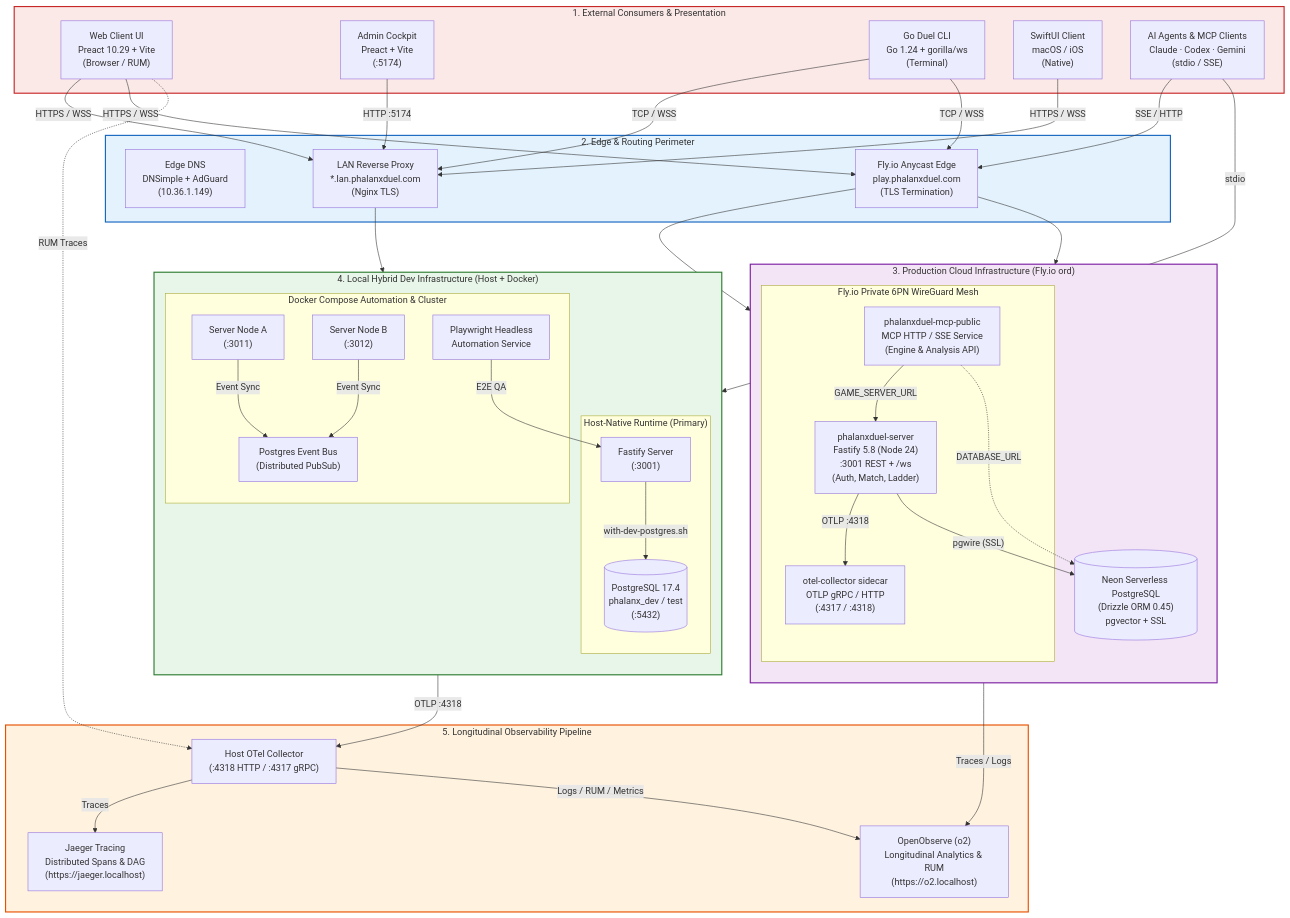
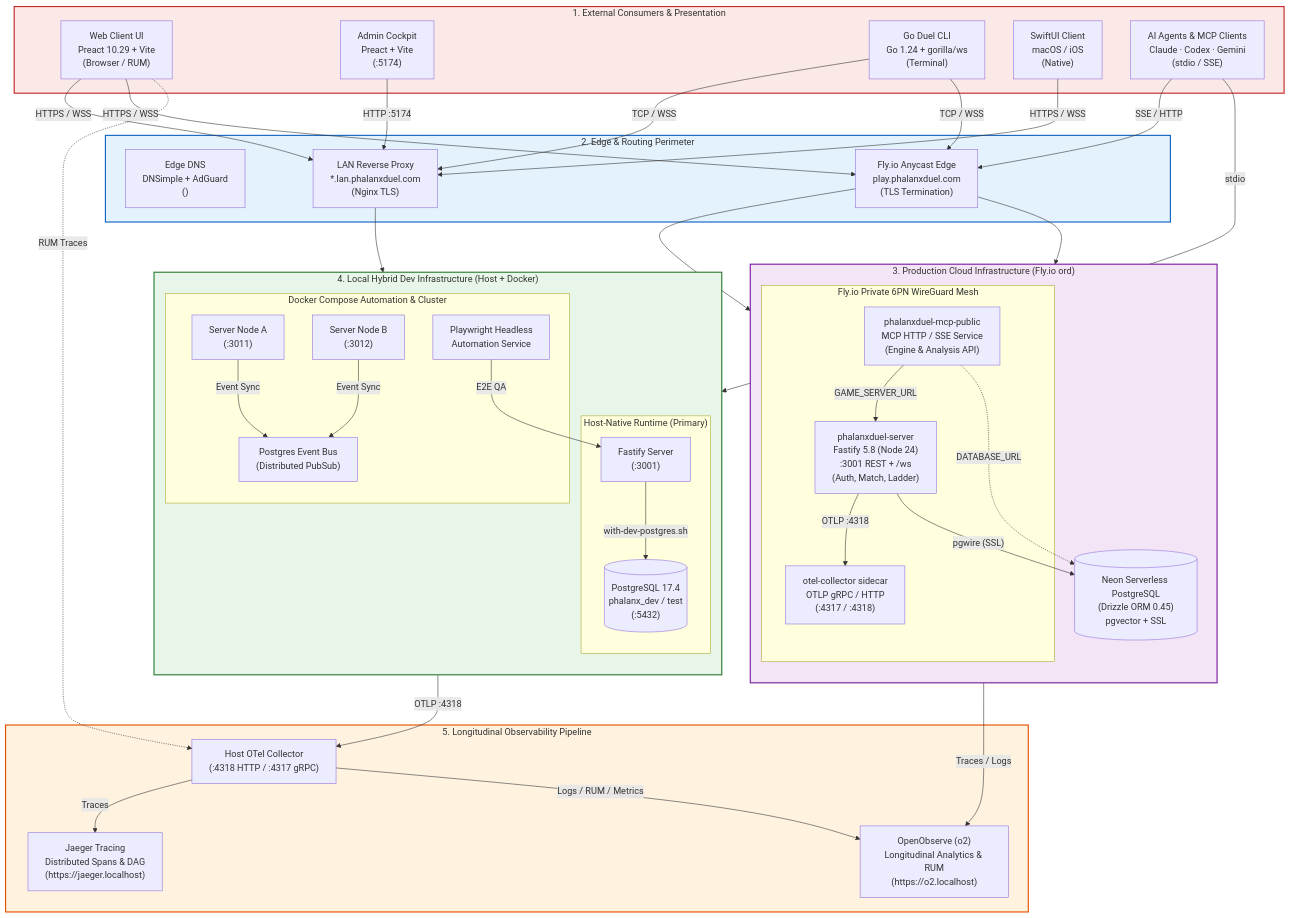
Before and after one commit to phalanxduel/phalanxduel: the diagram in docs/system/infrastructure-topology.mmd, drawn with Mermaid. The commit also changed 8 other files, not shown here.

```diff
--- a/docs/system/infrastructure-topology.mmd
+++ b/docs/system/infrastructure-topology.mmd
@@ -1,101 +1,101 @@
 flowchart TB
     %% =========================================================================
     %% External Consumers & Touchpoints
     %% =========================================================================
     subgraph Consumers["1. External Consumers & Presentation"]
         WebClient["Web Client UI\nPreact 10.29 + Vite\n(Browser / RUM)"]
         AdminUI["Admin Cockpit\nPreact + Vite\n(:5174)"]
         GoCLI["Go Duel CLI\nGo 1.24 + gorilla/ws\n(Terminal)"]
         SwiftUI["SwiftUI Client\nmacOS / iOS\n(Native)"]
         AIAgent["AI Agents & MCP Clients\nClaude · Codex · Gemini\n(stdio / SSE)"]
     end
 
     %% =========================================================================
     %% Edge & Network Perimeter
     %% =========================================================================
     subgraph Edge["2. Edge & Routing Perimeter"]
-        DNS["Edge DNS\nDNSimple + AdGuard\n(10.36.1.149)"]
+        DNS["Edge DNS\nDNSimple + AdGuard\n(<HOST_LAN_IP>)"]
         Nginx["LAN Reverse Proxy\n*.lan.phalanxduel.com\n(Nginx TLS)"]
         FlyEdge["Fly.io Anycast Edge\nplay.phalanxduel.com\n(TLS Termination)"]
     end
 
     %% =========================================================================
     %% Production Environment (Fly.io)
     %% =========================================================================
     subgraph FlyProduction["3. Production Cloud Infrastructure (Fly.io ord)"]
         direction TB
         subgraph FlyMesh["Fly.io Private 6PN WireGuard Mesh"]
             FlyServer["phalanxduel-server\nFastify 5.8 (Node 24)\n:3001 REST + /ws\n(Auth, Match, Ladder)"]
             FlyMCP["phalanxduel-mcp-public\nMCP HTTP / SSE Service\n(Engine & Analysis API)"]
             FlyOTel["otel-collector sidecar\nOTLP gRPC / HTTP\n(:4317 / :4318)"]
         end
         NeonDB[("Neon Serverless PostgreSQL\n(Drizzle ORM 0.45)\npgvector + SSL")]
     end
 
     %% =========================================================================
     %% Local Development & Cluster (Host + Docker)
     %% =========================================================================
     subgraph LocalInfra["4. Local Hybrid Dev Infrastructure (Host + Docker)"]
         direction TB
         subgraph HostNative["Host-Native Runtime (Primary)"]
             HostServer["Fastify Server\n(:3001)"]
             HostPostgres[("PostgreSQL 17.4\nphalanx_dev / test\n(:5432)")]
         end
         subgraph DockerCluster["Docker Compose Automation & Cluster"]
             ClusterA["Server Node A\n(:3011)"]
             ClusterB["Server Node B\n(:3012)"]
             EventBus["Postgres Event Bus\n(Distributed PubSub)"]
             PlaywrightQA["Playwright Headless\nAutomation Service"]
         end
     end
 
     %% =========================================================================
     %% Observability Sinks (OpenObserve + Jaeger)
     %% =========================================================================
     subgraph Observability["5. Longitudinal Observability Pipeline"]
         OTelHost["Host OTel Collector\n(:4318 HTTP / :4317 gRPC)"]
         OpenObserve["OpenObserve (o2)\nLongitudinal Analytics & RUM\n(https://o2.localhost)"]
         Jaeger["Jaeger Tracing\nDistributed Spans & DAG\n(https://jaeger.localhost)"]
     end
 
     %% Routing connections
     WebClient -->|"HTTPS / WSS"| Nginx
     WebClient -->|"HTTPS / WSS"| FlyEdge
     AdminUI -->|"HTTP :5174"| Nginx
     GoCLI -->|"TCP / WSS"| Nginx
     GoCLI -->|"TCP / WSS"| FlyEdge
     SwiftUI -->|"HTTPS / WSS"| Nginx
     AIAgent -->|"SSE / HTTP"| FlyEdge
     AIAgent -->|"stdio"| HostServer
 
     Nginx --> HostServer
     FlyEdge --> FlyServer
     FlyEdge --> FlyMCP
 
     FlyServer -->|"pgwire (SSL)"| NeonDB
     FlyServer -->|"OTLP :4318"| FlyOTel
     FlyMCP -->|"GAME_SERVER_URL"| FlyServer
     FlyMCP -.->|"DATABASE_URL"| NeonDB
 
     HostServer -->|"with-dev-postgres.sh"| HostPostgres
     HostServer -->|"OTLP :4318"| OTelHost
     ClusterA -->|"Event Sync"| EventBus
     ClusterB -->|"Event Sync"| EventBus
     PlaywrightQA -->|"E2E QA"| HostServer
 
     FlyOTel -->|"Traces / Logs"| OpenObserve
     OTelHost -->|"Traces"| Jaeger
     OTelHost -->|"Logs / RUM / Metrics"| OpenObserve
     WebClient -.->|"RUM Traces"| OTelHost
 
     classDef edgeClass fill:#e3f2fd,stroke:#1565c0,stroke-width:2px;
     classDef prodClass fill:#f3e5f5,stroke:#7b1fa2,stroke-width:2px;
     classDef localClass fill:#e8f5e9,stroke:#2e7d32,stroke-width:2px;
     classDef obsClass fill:#fff3e0,stroke:#e65100,stroke-width:2px;
     classDef clientClass fill:#fbe9e7,stroke:#c62828,stroke-width:2px;
 
     class Consumers clientClass;
     class Edge edgeClass;
     class FlyProduction prodClass;
     class LocalInfra localClass;
     class Observability obsClass;
```
